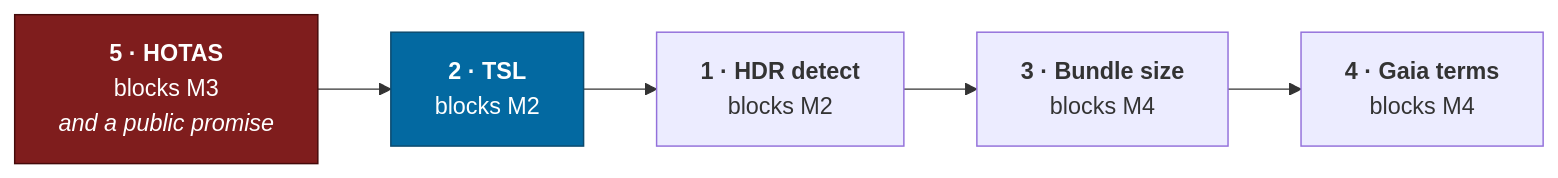
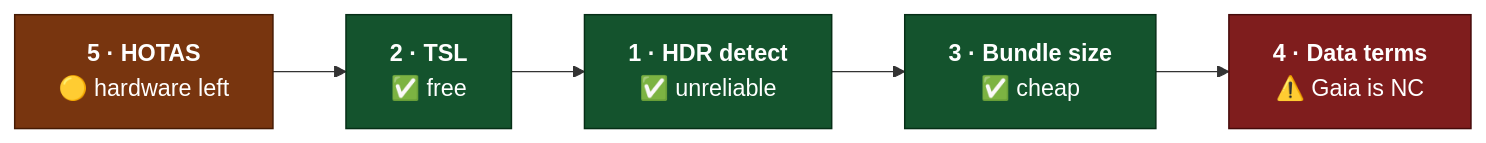
Before and after one commit to jonjaques/inertialref: the diagram in docs/spikes.md, drawn with Mermaid. The commit also changed other lines of this file and 19 other files, not shown here.

````diff
--- a/docs/spikes.md
+++ b/docs/spikes.md
@@ -40,10 +32,13 @@
 ```mermaid
 flowchart LR
-    S5["<b>5 · HOTAS</b><br/>blocks M3<br/><i>and a public promise</i>"] --> S2["<b>2 · TSL</b><br/>blocks M2"]
-    S2 --> S1["<b>1 · HDR detect</b><br/>blocks M2"]
-    S1 --> S3["<b>3 · Bundle size</b><br/>blocks M4"]
-    S3 --> S4["<b>4 · Gaia terms</b><br/>blocks M4"]
+    S5["<b>5 · HOTAS</b><br/>🟡 hardware left"] --> S2["<b>2 · TSL</b><br/>✅ free"]
+    S2 --> S1["<b>1 · HDR detect</b><br/>✅ unreliable"]
+    S1 --> S3["<b>3 · Bundle size</b><br/>✅ cheap"]
+    S3 --> S4["<b>4 · Data terms</b><br/>⚠️ Gaia is NC"]
 
-    style S5 fill:#7f1d1d,stroke:#450a0a,color:#fff
-    style S2 fill:#0369a1,stroke:#0c4a6e,color:#fff
+    style S4 fill:#7f1d1d,stroke:#450a0a,color:#fff
+    style S5 fill:#78350f,stroke:#451a03,color:#fff
+    style S2 fill:#14532d,stroke:#052e16,color:#fff
+    style S1 fill:#14532d,stroke:#052e16,color:#fff
+    style S3 fill:#14532d,stroke:#052e16,color:#fff
 ```
````
